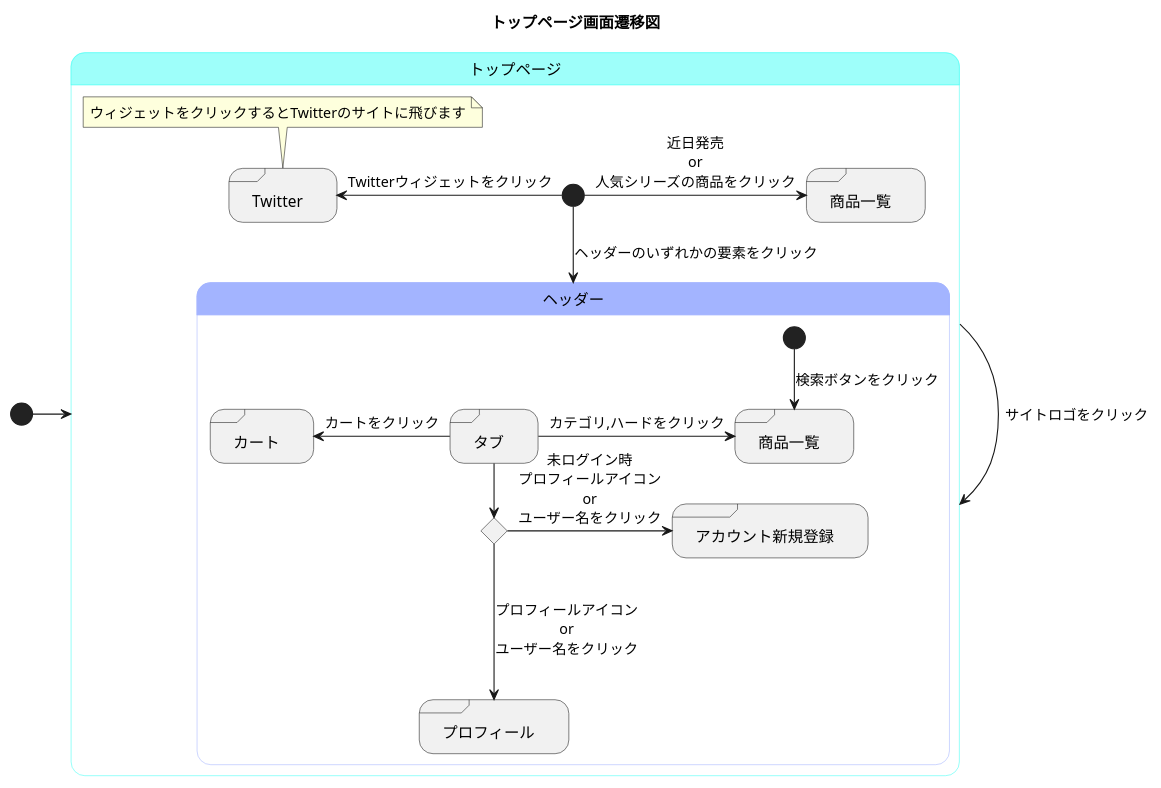
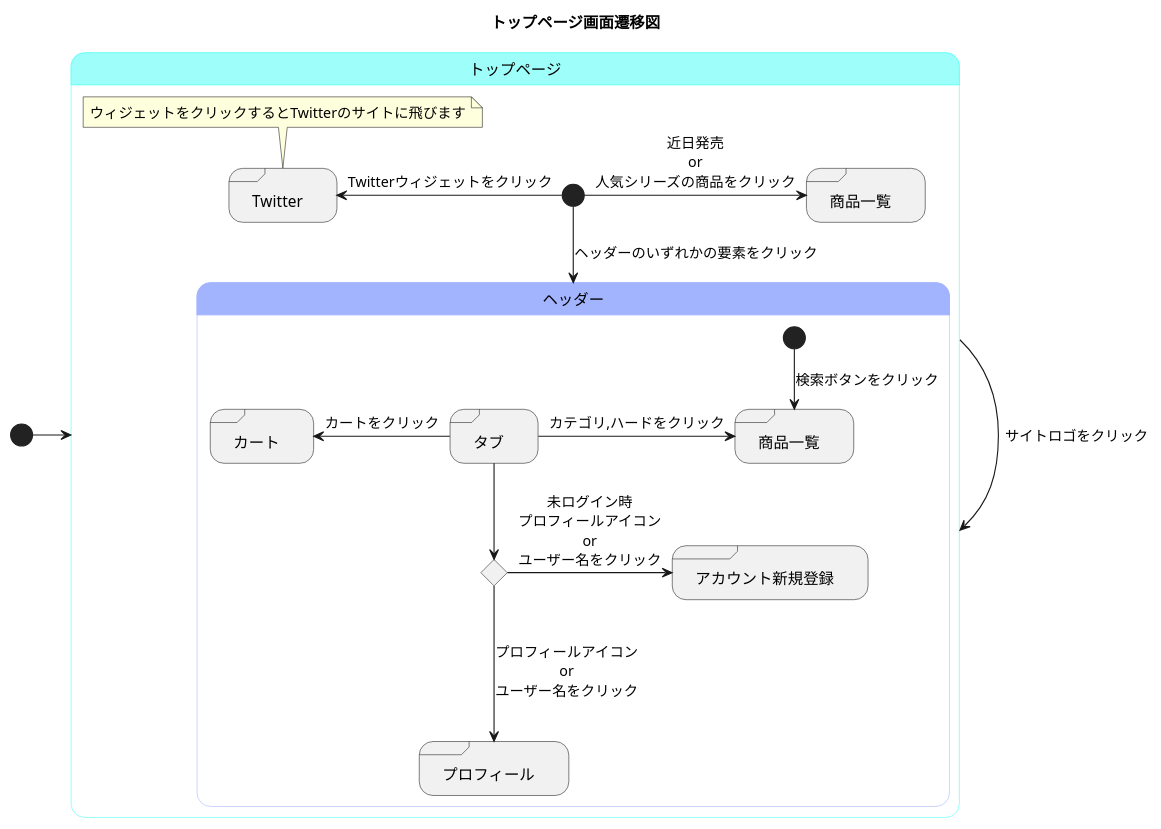
The diagram in メインページ.md (akutori/T-D-E), drawn with PlantUML before and after one commit.

Commit message:
遷移位置を調整

````diff
--- a/メインページ.md
+++ b/メインページ.md
@@ -1,49 +1,49 @@
 ```uml
 @startuml
 title トップページ画面遷移図
 
 [*]->トップページ
 state トップページ<<mainpage>>{
 
     state "商品一覧" as maintogoods<<sdlreceive>>
     state "Twitter"<<sdlreceive>>
 
     トップページ -> トップページ : サイトロゴをクリック
     [*]-->ヘッダー : ヘッダーのいずれかの要素をクリック
     [*]-> maintogoods : 近日発売\nor\n人気シリーズの商品をクリック
     [*]-left->Twitter : Twitterウィジェットをクリック
     note top of Twitter
         ウィジェットをクリックするとTwitterのサイトに飛びます
     end note
 
     
 
     state ヘッダー<<state_headder>>{
 
         state "タブ" as tab <<sdlreceive>>
         state "カート" as cart <<sdlreceive>>
         state "プロフィール" as profile <<sdlreceive>>
         state "商品一覧" as goods<<sdlreceive>>
         state "アカウント新規登録" as register<<sdlreceive>>
         state input <<choice>>
 
         [*]-->goods : 検索ボタンをクリック
         tab ->goods : カテゴリ,ハードをクリック
         tab -left->cart : カートをクリック
-        tab --> input
+        tab ---> input
         input -> register : 未ログイン時\nプロフィールアイコン\nor\nユーザー名をクリック
         input --->profile : プロフィールアイコン\nor\nユーザー名をクリック
 
 
     }
 }
 
 
 skinparam stateBorderColor<<mainpage>> #40fff5
 state トップページ #9efffa
 
 skinparam stateBorderColor<<state_headder>> #a3b4ff
 state ヘッダー #a3b4ff
 state Twitter #ffcfcf
 @enduml
 ```
````
